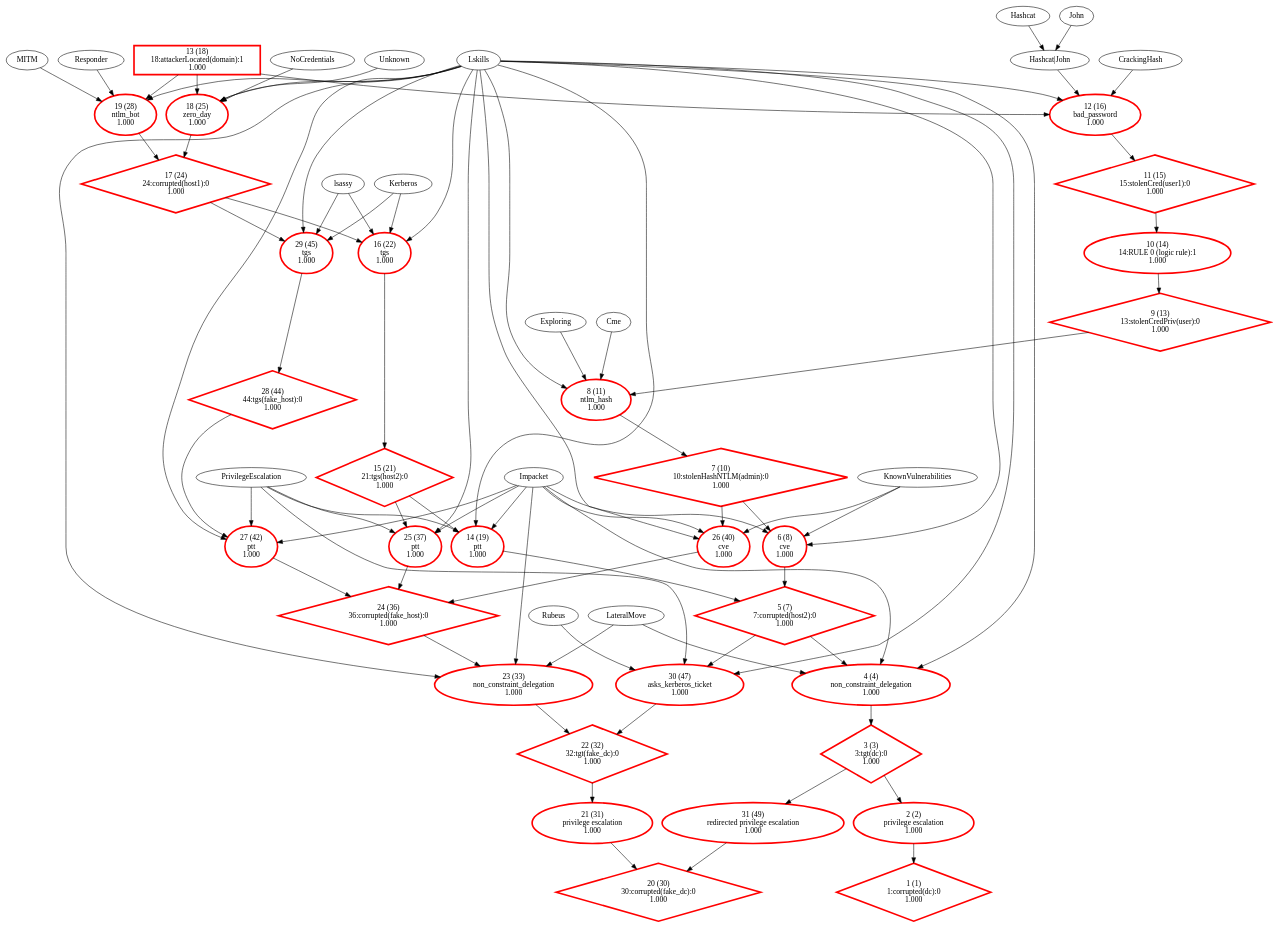
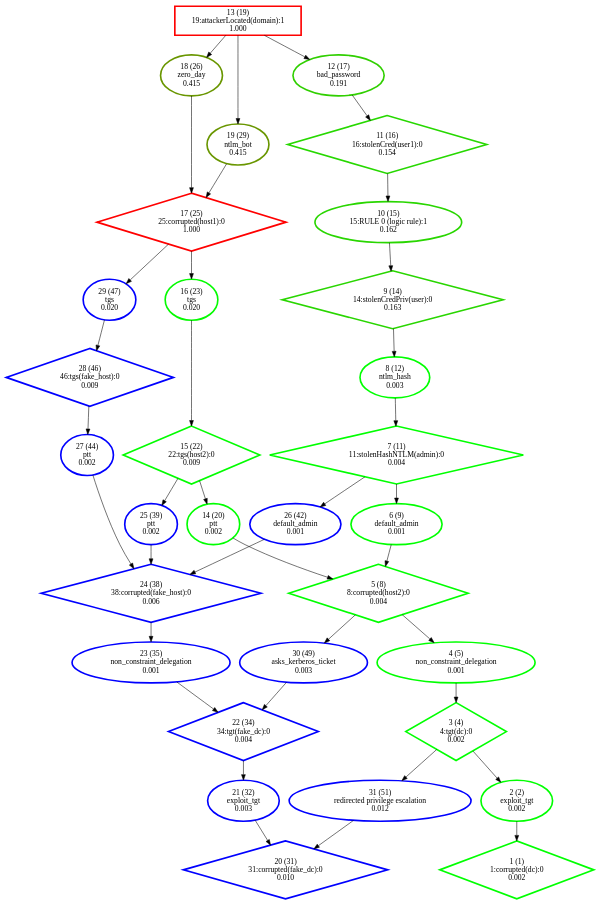
The diagram in Personnal_simulations/output_HightLevel/strongly_connected_components/ag-nocycles_colored.dot (NathanaeldeLaChesnais/attacker_profiling_for_BAG_with_honeypots), drawn with Graphviz before and after one commit. The commit also changed 43 other files, not shown here.

Commit message:
Déjà quelques graphes interressants

```diff
--- a/Personnal_simulations/output_HightLevel/strongly_connected_components/ag-nocycles_colored.dot
+++ b/Personnal_simulations/output_HightLevel/strongly_connected_components/ag-nocycles_colored.dot
@@ -1,113 +1,69 @@
 digraph G {
-  1 [label="1 (1)\n1:corrupted(dc):0\n1.000", color="red", penwidth=3, shape="diamond"];
-  2 [label="2 (2)\nprivilege escalation\n1.000", color="red", penwidth=3, shape="ellipse"];
-  3 [label="3 (3)\n3:tgt(dc):0\n1.000", color="red", penwidth=3, shape="diamond"];
-  4 [label="4 (4)\nnon_constraint_delegation\n1.000", color="red", penwidth=3, shape="ellipse"];
-  5 [label="5 (7)\n7:corrupted(host2):0\n1.000", color="red", penwidth=3, shape="diamond"];
-  6 [label="6 (8)\ncve\n1.000", color="red", penwidth=3, shape="ellipse"];
-  7 [label="7 (10)\n10:stolenHashNTLM(admin):0\n1.000", color="red", penwidth=3, shape="diamond"];
-  8 [label="8 (11)\nntlm_hash\n1.000", color="red", penwidth=3, shape="ellipse"];
-  9 [label="9 (13)\n13:stolenCredPriv(user):0\n1.000", color="red", penwidth=3, shape="diamond"];
-  10 [label="10 (14)\n14:RULE 0 (logic rule):1\n1.000", color="red", penwidth=3, shape="ellipse"];
-  11 [label="11 (15)\n15:stolenCred(user1):0\n1.000", color="red", penwidth=3, shape="diamond"];
-  12 [label="12 (16)\nbad_password\n1.000", color="red", penwidth=3, shape="ellipse"];
-  13 [label="13 (18)\n18:attackerLocated(domain):1\n1.000", color="red", penwidth=3, shape="box"];
-  14 [label="14 (19)\nptt\n1.000", color="red", penwidth=3, shape="ellipse"];
-  15 [label="15 (21)\n21:tgs(host2):0\n1.000", color="red", penwidth=3, shape="diamond"];
-  16 [label="16 (22)\ntgs\n1.000", color="red", penwidth=3, shape="ellipse"];
-  17 [label="17 (24)\n24:corrupted(host1):0\n1.000", color="red", penwidth=3, shape="diamond"];
-  18 [label="18 (25)\nzero_day\n1.000", color="red", penwidth=3, shape="ellipse"];
-  19 [label="19 (28)\nntlm_bot\n1.000", color="red", penwidth=3, shape="ellipse"];
-  20 [label="20 (30)\n30:corrupted(fake_dc):0\n1.000", color="red", penwidth=3, shape="diamond"];
-  21 [label="21 (31)\nprivilege escalation\n1.000", color="red", penwidth=3, shape="ellipse"];
-  22 [label="22 (32)\n32:tgt(fake_dc):0\n1.000", color="red", penwidth=3, shape="diamond"];
-  23 [label="23 (33)\nnon_constraint_delegation\n1.000", color="red", penwidth=3, shape="ellipse"];
-  24 [label="24 (36)\n36:corrupted(fake_host):0\n1.000", color="red", penwidth=3, shape="diamond"];
-  25 [label="25 (37)\nptt\n1.000", color="red", penwidth=3, shape="ellipse"];
-  26 [label="26 (40)\ncve\n1.000", color="red", penwidth=3, shape="ellipse"];
-  27 [label="27 (42)\nptt\n1.000", color="red", penwidth=3, shape="ellipse"];
-  28 [label="28 (44)\n44:tgs(fake_host):0\n1.000", color="red", penwidth=3, shape="diamond"];
-  29 [label="29 (45)\ntgs\n1.000", color="red", penwidth=3, shape="ellipse"];
-  30 [label="30 (47)\nasks_kerberos_ticket\n1.000", color="red", penwidth=3, shape="ellipse"];
-  31 [label="31 (49)\nredirected privilege escalation\n1.000", color="red", penwidth=3, shape="ellipse"];
+  1 [label="1 (1)\n1:corrupted(dc):0\n0.002", color="#00FF00", penwidth=3, shape="diamond"];
+  2 [label="2 (2)\nexploit_tgt\n0.002", color="#00FF00", penwidth=3, shape="ellipse"];
+  3 [label="3 (4)\n4:tgt(dc):0\n0.002", color="#00FF00", penwidth=3, shape="diamond"];
+  4 [label="4 (5)\nnon_constraint_delegation\n0.001", color="#00FF00", penwidth=3, shape="ellipse"];
+  5 [label="5 (8)\n8:corrupted(host2):0\n0.004", color="#01FE00", penwidth=3, shape="diamond"];
+  6 [label="6 (9)\ndefault_admin\n0.001", color="#00FF00", penwidth=3, shape="ellipse"];
+  7 [label="7 (11)\n11:stolenHashNTLM(admin):0\n0.004", color="#00FF00", penwidth=3, shape="diamond"];
+  8 [label="8 (12)\nntlm_hash\n0.003", color="#00FF00", penwidth=3, shape="ellipse"];
+  9 [label="9 (14)\n14:stolenCredPriv(user):0\n0.163", color="#29D600", penwidth=3, shape="diamond"];
+  10 [label="10 (15)\n15:RULE 0 (logic rule):1\n0.162", color="#29D600", penwidth=3, shape="ellipse"];
+  11 [label="11 (16)\n16:stolenCred(user1):0\n0.154", color="#27D800", penwidth=3, shape="diamond"];
+  12 [label="12 (17)\nbad_password\n0.191", color="#30CF00", penwidth=3, shape="ellipse"];
+  13 [label="13 (19)\n19:attackerLocated(domain):1\n1.000", color="#FE0100", penwidth=3, shape="box"];
+  14 [label="14 (20)\nptt\n0.002", color="#00FF00", penwidth=3, shape="ellipse"];
+  15 [label="15 (22)\n22:tgs(host2):0\n0.009", color="#02FD00", penwidth=3, shape="diamond"];
+  16 [label="16 (23)\ntgs\n0.020", color="#04FB00", penwidth=3, shape="ellipse"];
+  17 [label="17 (25)\n25:corrupted(host1):0\n1.000", color="#FF0000", penwidth=3, shape="diamond"];
+  18 [label="18 (26)\nzero_day\n0.415", color="#699600", penwidth=3, shape="ellipse"];
+  19 [label="19 (29)\nntlm_bot\n0.415", color="#699600", penwidth=3, shape="ellipse"];
+  20 [label="20 (31)\n31:corrupted(fake_dc):0\n0.010", color="blue", penwidth=3, shape="diamond"];
+  21 [label="21 (32)\nexploit_tgt\n0.003", color="blue", penwidth=3, shape="ellipse"];
+  22 [label="22 (34)\n34:tgt(fake_dc):0\n0.004", color="blue", penwidth=3, shape="diamond"];
+  23 [label="23 (35)\nnon_constraint_delegation\n0.001", color="blue", penwidth=3, shape="ellipse"];
+  24 [label="24 (38)\n38:corrupted(fake_host):0\n0.006", color="blue", penwidth=3, shape="diamond"];
+  25 [label="25 (39)\nptt\n0.002", color="blue", penwidth=3, shape="ellipse"];
+  26 [label="26 (42)\ndefault_admin\n0.001", color="blue", penwidth=3, shape="ellipse"];
+  27 [label="27 (44)\nptt\n0.002", color="blue", penwidth=3, shape="ellipse"];
+  28 [label="28 (46)\n46:tgs(fake_host):0\n0.009", color="blue", penwidth=3, shape="diamond"];
+  29 [label="29 (47)\ntgs\n0.020", color="blue", penwidth=3, shape="ellipse"];
+  30 [label="30 (49)\nasks_kerberos_ticket\n0.003", color="blue", penwidth=3, shape="ellipse"];
+  31 [label="31 (51)\nredirected privilege escalation\n0.012", color="blue", penwidth=3, shape="ellipse"];
   "13" -> "12";
   "13" -> "18";
   "13" -> "19";
   "12" -> "11";
   "11" -> "10";
   "10" -> "9";
   "9" -> "8";
   "8" -> "7";
   "7" -> "6";
   "7" -> "26";
   "6" -> "5";
   "5" -> "4";
   "5" -> "30";
   "18" -> "17";
   "17" -> "16";
   "17" -> "29";
   "19" -> "17";
   "16" -> "15";
   "15" -> "14";
   "15" -> "25";
   "14" -> "5";
   "4" -> "3";
   "3" -> "2";
   "3" -> "31";
   "2" -> "1";
   "25" -> "24";
   "24" -> "23";
   "26" -> "24";
   "29" -> "28";
   "28" -> "27";
   "27" -> "24";
   "23" -> "22";
   "22" -> "21";
   "30" -> "22";
   "21" -> "20";
   "31" -> "20";
-  "Impacket" -> "4";
-  "Impacket" -> "6";
-  "Impacket" -> "14";
-  "Impacket" -> "23";
-  "Impacket" -> "25";
-  "Impacket" -> "26";
-  "Impacket" -> "27";
-  "Lskills" -> "4";
-  "Lskills" -> "6";
-  "Lskills" -> "8";
-  "Lskills" -> "12";
-  "Lskills" -> "14";
-  "Lskills" -> "16";
-  "Lskills" -> "18";
-  "Lskills" -> "19";
-  "Lskills" -> "23";
-  "Lskills" -> "25";
-  "Lskills" -> "26";
-  "Lskills" -> "27";
-  "Lskills" -> "29";
-  "Lskills" -> "30";
-  "LateralMove" -> "4";
-  "LateralMove" -> "23";
-  "KnownVulnerabilities" -> "6";
-  "KnownVulnerabilities" -> "26";
-  "Cme" -> "8";
-  "Exploring" -> "8";
-  "Hashcat|John" -> "12";
-  "Hashcat" -> "Hashcat|John";
-  "John" -> "Hashcat|John";
-  "CrackingHash" -> "12";
-  "PrivilegeEscalation" -> "14";
-  "PrivilegeEscalation" -> "25";
-  "PrivilegeEscalation" -> "27";
-  "PrivilegeEscalation" -> "30";
-  "lsassy" -> "16";
-  "lsassy" -> "29";
-  "Kerberos" -> "16";
-  "Kerberos" -> "29";
-  "Unknown" -> "18";
-  "NoCredentials" -> "18";
-  "Responder" -> "19";
-  "MITM" -> "19";
-  "Rubeus" -> "30";
 }
```
